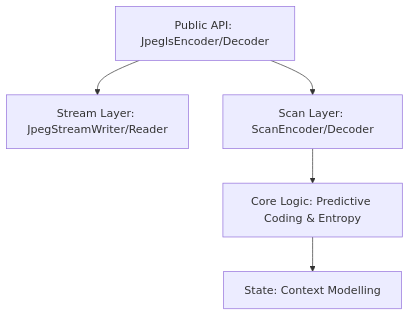
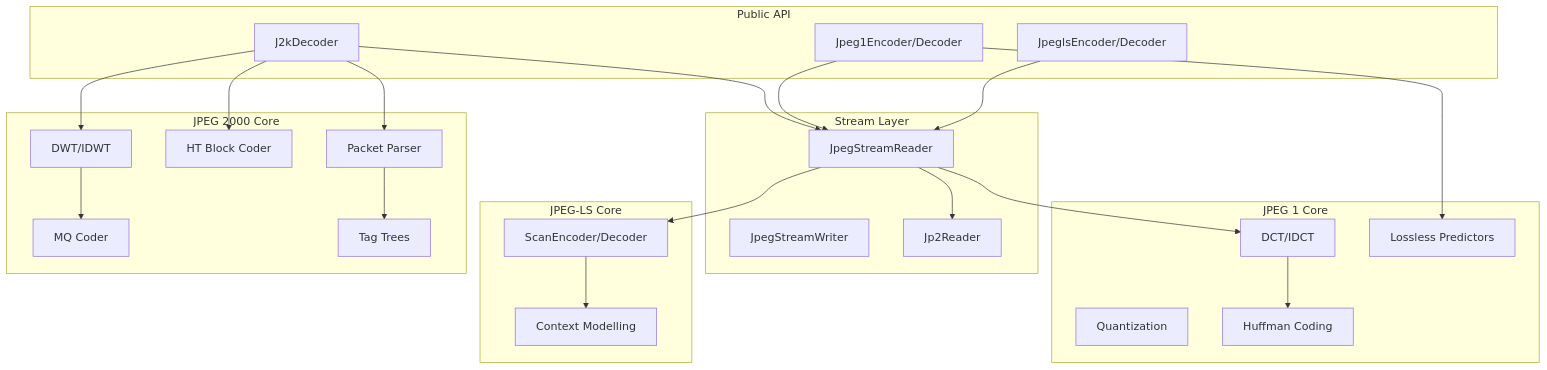
The diagram in ARCHITECTURE.md (rad-medica/jpegexp-rs), drawn with Mermaid before and after one commit. The commit also changed other lines of this file and 15 other files, not shown here.

Commit message:
feat: Add initial JPEG, JPEGLS, and JPEG2000 stream reading, writing, and decoding infrastructure.

````diff
--- a/ARCHITECTURE.md
+++ b/ARCHITECTURE.md
@@ -7,13 +7,42 @@
 ```mermaid
 graph TD
-    API[Public API: JpeglsEncoder/Decoder]
-    Stream[Stream Layer: JpegStreamWriter/Reader]
-    Scan[Scan Layer: ScanEncoder/Decoder]
-    Logic[Core Logic: Predictive Coding & Entropy]
-    State[State: Context Modelling]
+    subgraph "Public API"
+        JPEGLS[JpeglsEncoder/Decoder]
+        JPEG1[Jpeg1Encoder/Decoder]
+        J2K[J2kDecoder]
+    end
     
-    API --> Stream
-    API --> Scan
-    Scan --> Logic
-    Logic --> State
+    subgraph "Stream Layer"
+        Reader[JpegStreamReader]
+        Writer[JpegStreamWriter]
+        JP2[Jp2Reader]
+    end
+    
+    subgraph "JPEG-LS Core"
+        ScanLS[ScanEncoder/Decoder]
+        ContextLS[Context Modelling]
+    end
+    
+    subgraph "JPEG 1 Core"
+        DCT[DCT/IDCT]
+        Quant[Quantization]
+        Huffman[Huffman Coding]
+        Lossless[Lossless Predictors]
+    end
+    
+    subgraph "JPEG 2000 Core"
+        DWT[DWT/IDWT]
+        MQ[MQ Coder]
+        TagTree[Tag Trees]
+        HTCoder[HT Block Coder]
+        Packet[Packet Parser]
+    end
+    
+    JPEGLS --> Reader --> ScanLS --> ContextLS
+    JPEG1 --> Reader --> DCT --> Huffman
+    JPEG1 --> Lossless
+    J2K --> Reader --> JP2
+    J2K --> DWT --> MQ
+    J2K --> HTCoder
+    J2K --> Packet --> TagTree
 ```
````
